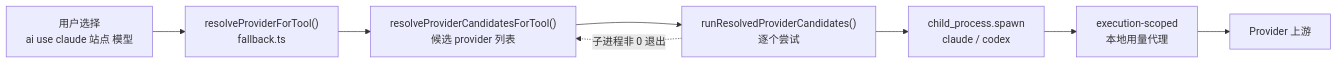
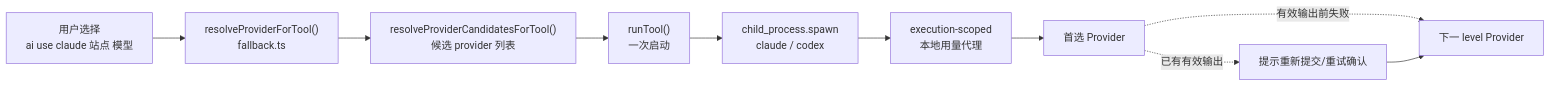
The second of 6 diagrams in docs/architecture.md (linlangli/AxiomRuntime), drawn with Mermaid before and after one commit. The commit also changed other lines of this file and 4 other files, not shown here.

````diff
--- a/docs/architecture.md
+++ b/docs/architecture.md
@@ -197,10 +197,12 @@
 ```mermaid
 flowchart LR
   Select["用户选择<br/>ai use claude 站点 模型"] --> Resolve["resolveProviderForTool()<br/>fallback.ts"]
   Resolve --> Candidates["resolveProviderCandidatesForTool()<br/>候选 provider 列表"]
-  Candidates --> Run["runResolvedProviderCandidates()<br/>逐个尝试"]
+  Candidates --> Run["runTool()<br/>一次启动"]
   Run --> Spawn["child_process.spawn<br/>claude / codex"]
-  Run -.->|"子进程非 0 退出"| Candidates
   Spawn --> Proxy["execution-scoped<br/>本地用量代理"]
-  Proxy --> Upstream["Provider 上游"]
+  Proxy --> Primary["首选 Provider"]
+  Primary -.->|"有效输出前失败"| Backup["下一 level Provider"]
+  Primary -.->|"已有有效输出"| Confirm["提示重新提交/重试确认"]
+  Confirm --> Backup
 ```
````
